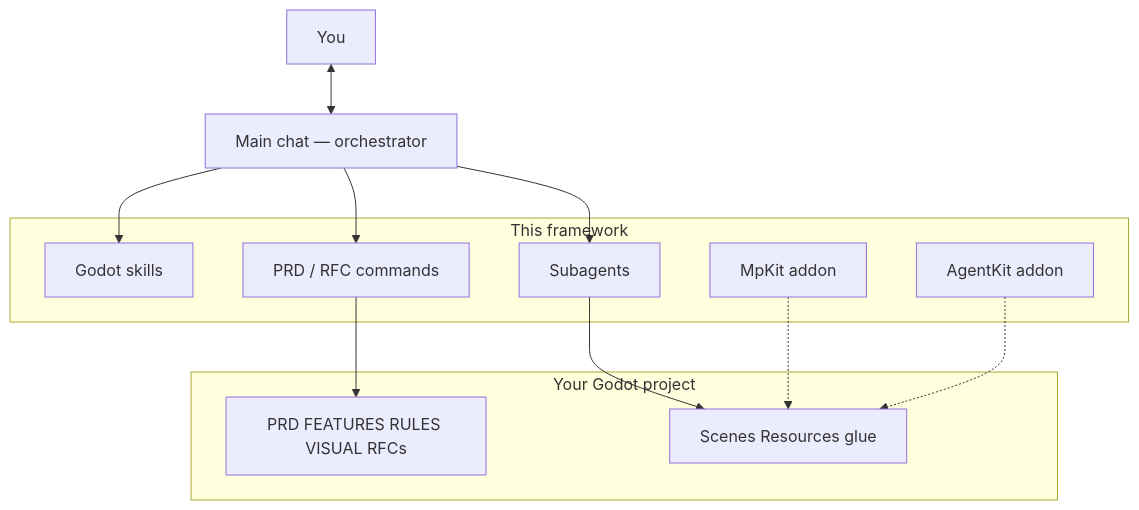
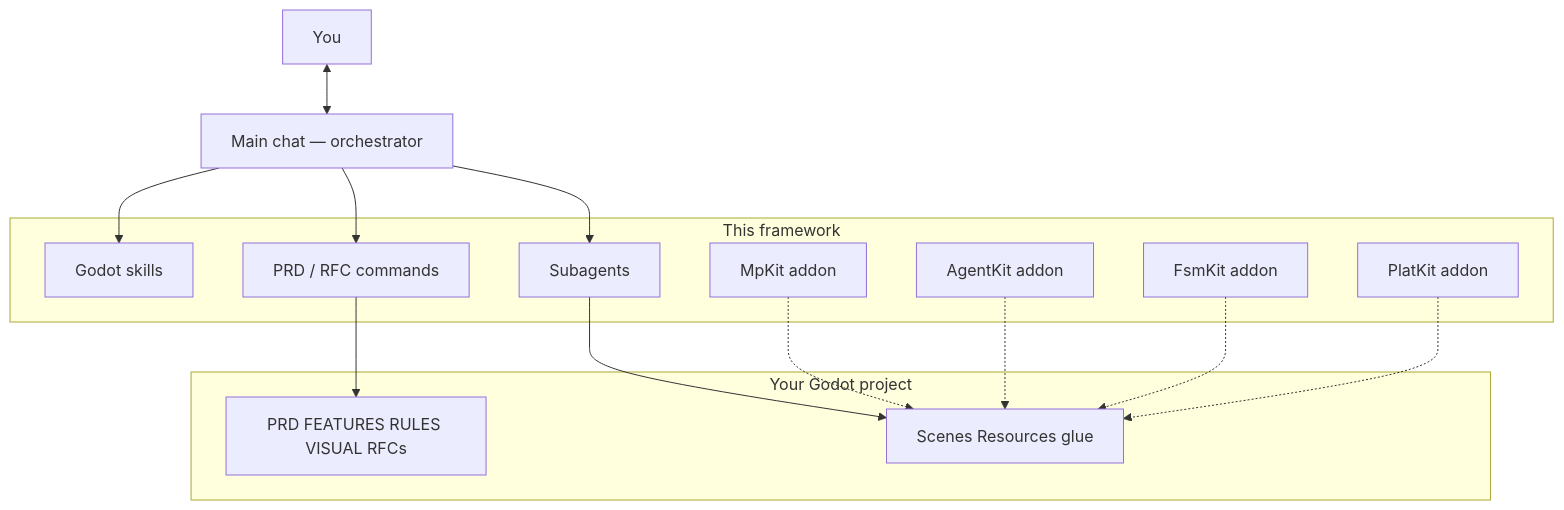
The first of 4 diagrams in README.md (Joelnicolass/godot-studio-skills), drawn with Mermaid before and after one commit. The commit also changed other lines of this file and 55 other files, not shown here.

First line of the commit message:
Port FsmKit, PlatKit, juicy, and the pnpm flow editor to English.

````diff
--- a/README.md
+++ b/README.md
@@ -41,28 +43,32 @@
 ```mermaid
 flowchart TB
   you[You]
   orch[Main chat — orchestrator]
 
   you <--> orch
 
   subgraph kit [This framework]
     skills[Godot skills]
     cmds[PRD / RFC commands]
     agents[Subagents]
     mpkit[MpKit addon]
     agentkit[AgentKit addon]
+    fsmkit[FsmKit addon]
+    platkit[PlatKit addon]
   end
 
   subgraph game [Your Godot project]
     arts[PRD FEATURES RULES VISUAL RFCs]
     code[Scenes Resources glue]
   end
 
   orch --> skills
   orch --> cmds
   cmds --> arts
   orch --> agents
   agents --> code
   mpkit -.-> code
   agentkit -.-> code
+  fsmkit -.-> code
+  platkit -.-> code
 ```
````
